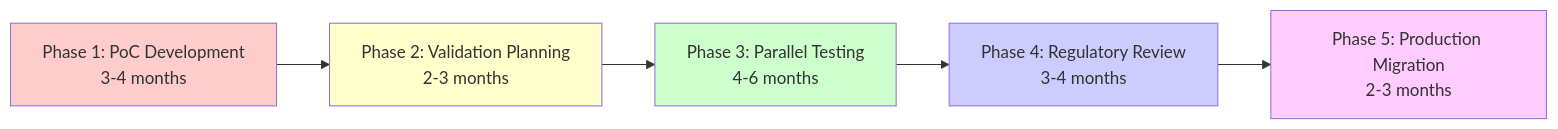
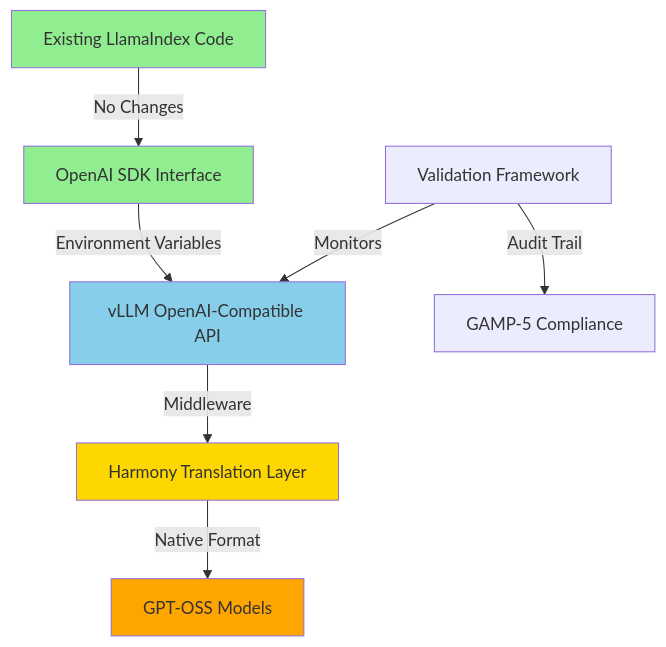
The first of 2 diagrams in main/docs/reports/gpt_oss_model_migration_assessment_report.md (Danik911/thesis_project), drawn with Mermaid before and after one commit. The commit also changed other lines of this file and 1 other file, not shown here.

Commit message:
Dos update. Open-source models investigation.

````diff
--- a/main/docs/reports/gpt_oss_model_migration_assessment_report.md
+++ b/main/docs/reports/gpt_oss_model_migration_assessment_report.md
@@ -305,13 +30,16 @@
 ```mermaid
-graph LR
-    A[Phase 1: PoC Development<br/>3-4 months] --> B[Phase 2: Validation Planning<br/>2-3 months]
-    B --> C[Phase 3: Parallel Testing<br/>4-6 months]
-    C --> D[Phase 4: Regulatory Review<br/>3-4 months]
-    D --> E[Phase 5: Production Migration<br/>2-3 months]
+graph TB
+    A[Existing LlamaIndex Code] -->|No Changes| B[OpenAI SDK Interface]
+    B -->|Environment Variables| C[vLLM OpenAI-Compatible API]
+    C -->|Middleware| D[Harmony Translation Layer]
+    D -->|Native Format| E[GPT-OSS Models]
     
-    style A fill:#ffcccc
-    style B fill:#ffffcc
-    style C fill:#ccffcc
-    style D fill:#ccccff
-    style E fill:#ffccff
+    F[Validation Framework] -->|Monitors| C
+    F -->|Audit Trail| G[GAMP-5 Compliance]
+    
+    style A fill:#90EE90
+    style B fill:#90EE90
+    style C fill:#87CEEB
+    style D fill:#FFD700
+    style E fill:#FFA500
 ```
````
